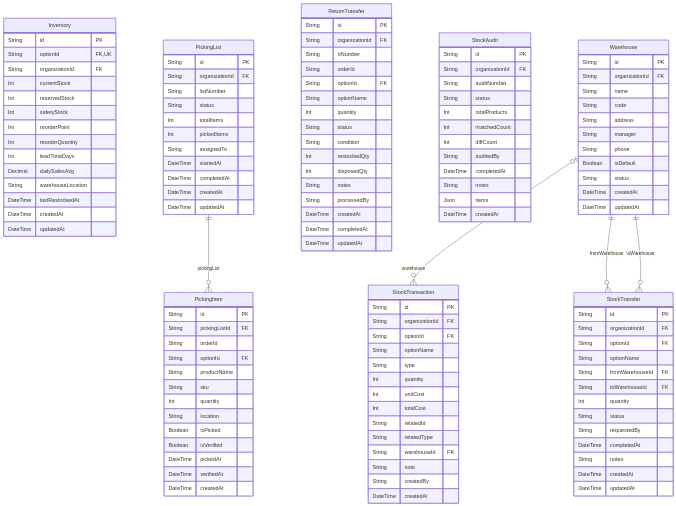
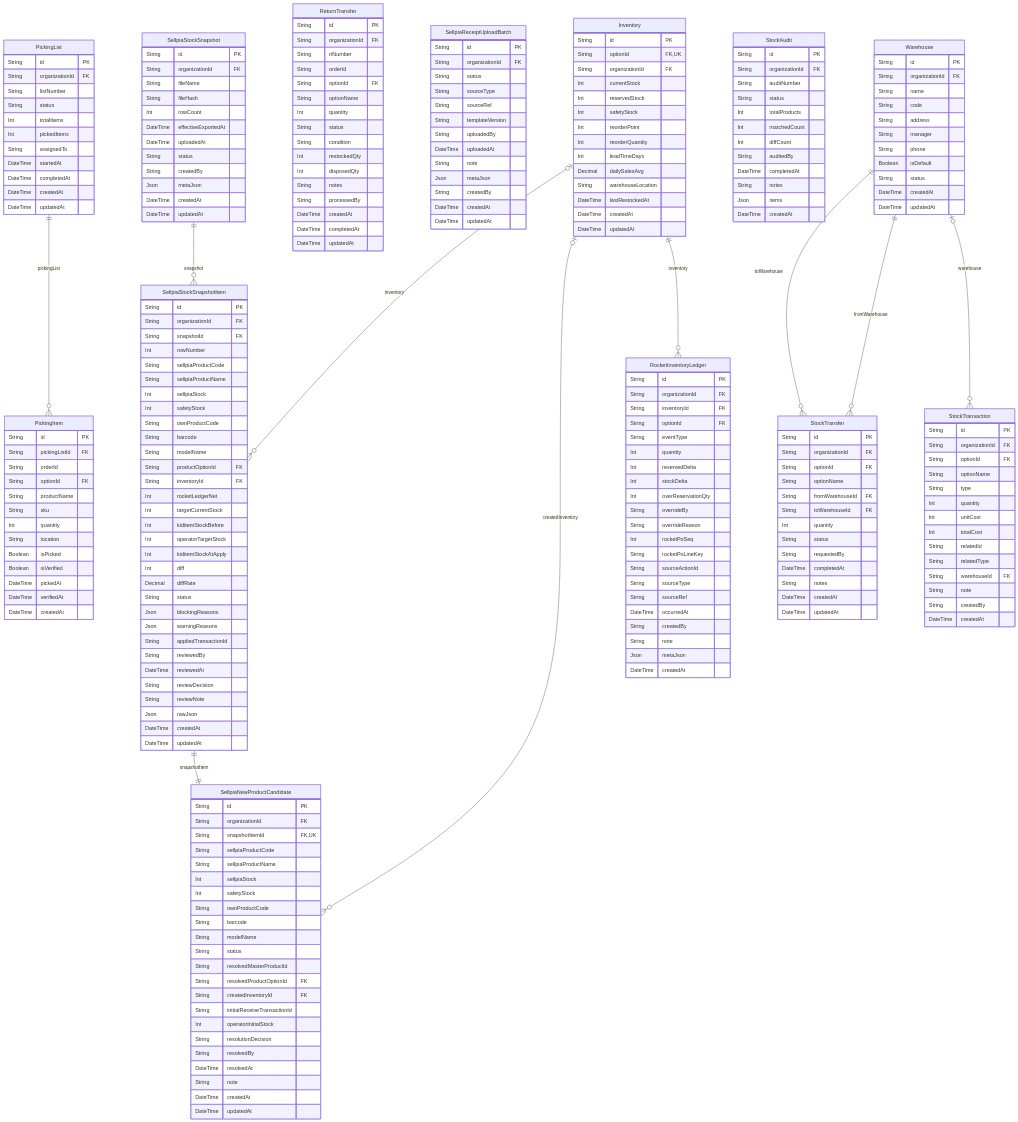
Before and after one commit to AgentFoundry-Labs/kiditem: the diagram in docs/erd/inventory.md, drawn with Mermaid. The commit also changed other lines of this file and 8 other files, not shown here.

Commit message:
docs: update schema navigation artifacts

```diff
--- a/docs/erd/inventory.md
+++ b/docs/erd/inventory.md
@@ -84,6 +89,115 @@
     DateTime completedAt
     DateTime updatedAt
   }
+  RocketInventoryLedger {
+    String id PK
+    String organizationId FK
+    String inventoryId FK
+    String optionId FK
+    String eventType
+    Int quantity
+    Int reservedDelta
+    Int stockDelta
+    Int overReservationQty
+    String overrideBy
+    String overrideReason
+    Int rocketPoSeq
+    String rocketPoLineKey
+    String sourceActionId
+    String sourceType
+    String sourceRef
+    DateTime occurredAt
+    String createdBy
+    String note
+    Json metaJson
+    DateTime createdAt
+  }
+  SellpiaNewProductCandidate {
+    String id PK
+    String organizationId FK
+    String snapshotItemId FK,UK
+    String sellpiaProductCode
+    String sellpiaProductName
+    Int sellpiaStock
+    Int safetyStock
+    String ownProductCode
+    String barcode
+    String modelName
+    String status
+    String resolvedMasterProductId
+    String resolvedProductOptionId FK
+    String createdInventoryId FK
+    String initialReceiveTransactionId
+    Int operatorInitialStock
+    String resolutionDecision
+    String resolvedBy
+    DateTime resolvedAt
+    String note
+    DateTime createdAt
+    DateTime updatedAt
+  }
+  SellpiaReceiptUploadBatch {
+    String id PK
+    String organizationId FK
+    String status
+    String sourceType
+    String sourceRef
+    String templateVersion
+    String uploadedBy
+    DateTime uploadedAt
+    String note
+    Json metaJson
+    String createdBy
+    DateTime createdAt
+    DateTime updatedAt
+  }
+  SellpiaStockSnapshot {
+    String id PK
+    String organizationId FK
+    String fileName
+    String fileHash
+    Int rowCount
+    DateTime effectiveExportedAt
+    DateTime uploadedAt
+    String status
+    String createdBy
+    Json metaJson
+    DateTime createdAt
+    DateTime updatedAt
+  }
+  SellpiaStockSnapshotItem {
+    String id PK
+    String organizationId FK
+    String snapshotId FK
+    Int rowNumber
+    String sellpiaProductCode
+    String sellpiaProductName
+    Int sellpiaStock
+    Int safetyStock
+    String ownProductCode
+    String barcode
+    String modelName
+    String productOptionId FK
+    String inventoryId FK
+    Int rocketLedgerNet
+    Int targetCurrentStock
+    Int kiditemStockBefore
+    Int operatorTargetStock
+    Int kiditemStockAtApply
+    Int diff
+    Decimal diffRate
+    String status
+    Json blockingReasons
+    Json warningReasons
+    String appliedTransactionId
+    String reviewedBy
+    DateTime reviewedAt
+    String reviewDecision
+    String reviewNote
+    Json rawJson
+    DateTime createdAt
+    DateTime updatedAt
+  }
   StockAudit {
     String id PK
     String organizationId FK
@@ -142,7 +256,12 @@
     DateTime createdAt
     DateTime updatedAt
   }
+  Inventory ||--o{ RocketInventoryLedger : "inventory"
+  Inventory o|--o{ SellpiaNewProductCandidate : "createdInventory"
+  Inventory o|--o{ SellpiaStockSnapshotItem : "inventory"
   PickingList ||--o{ PickingItem : "pickingList"
+  SellpiaStockSnapshot ||--o{ SellpiaStockSnapshotItem : "snapshot"
+  SellpiaStockSnapshotItem ||--|| SellpiaNewProductCandidate : "snapshotItem"
   Warehouse o|--o{ StockTransaction : "warehouse"
   Warehouse ||--o{ StockTransfer : "fromWarehouse"
   Warehouse ||--o{ StockTransfer : "toWarehouse"
```
